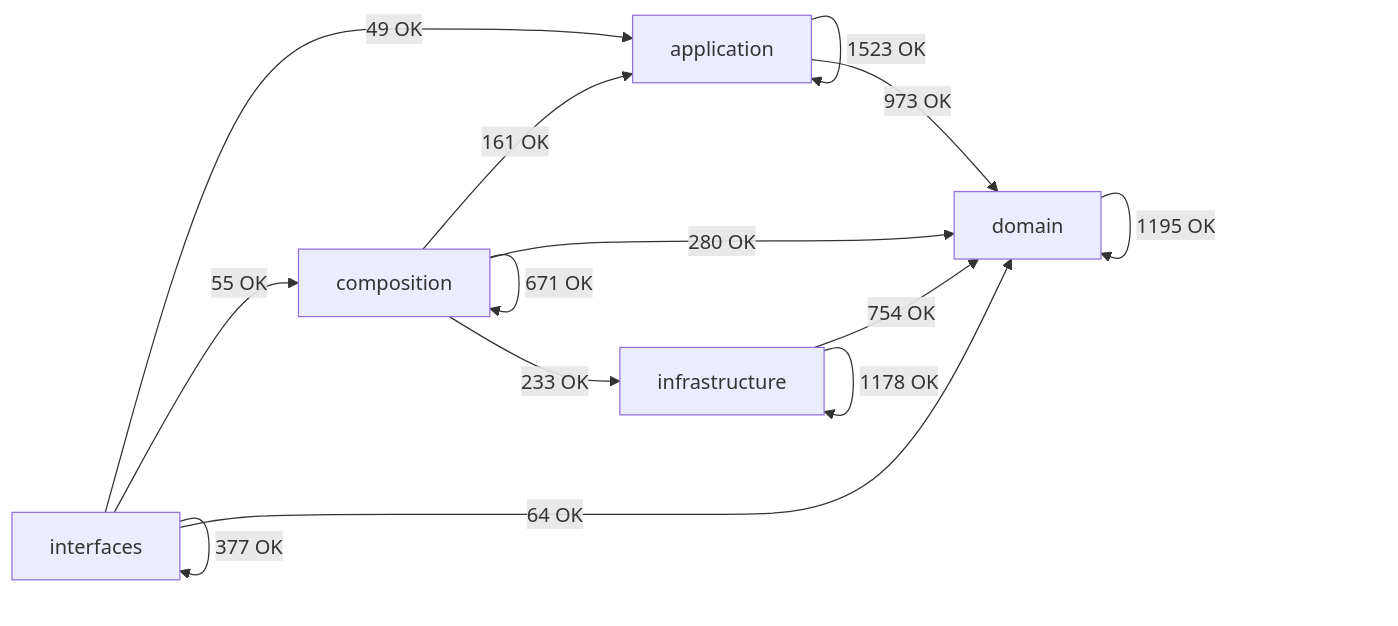
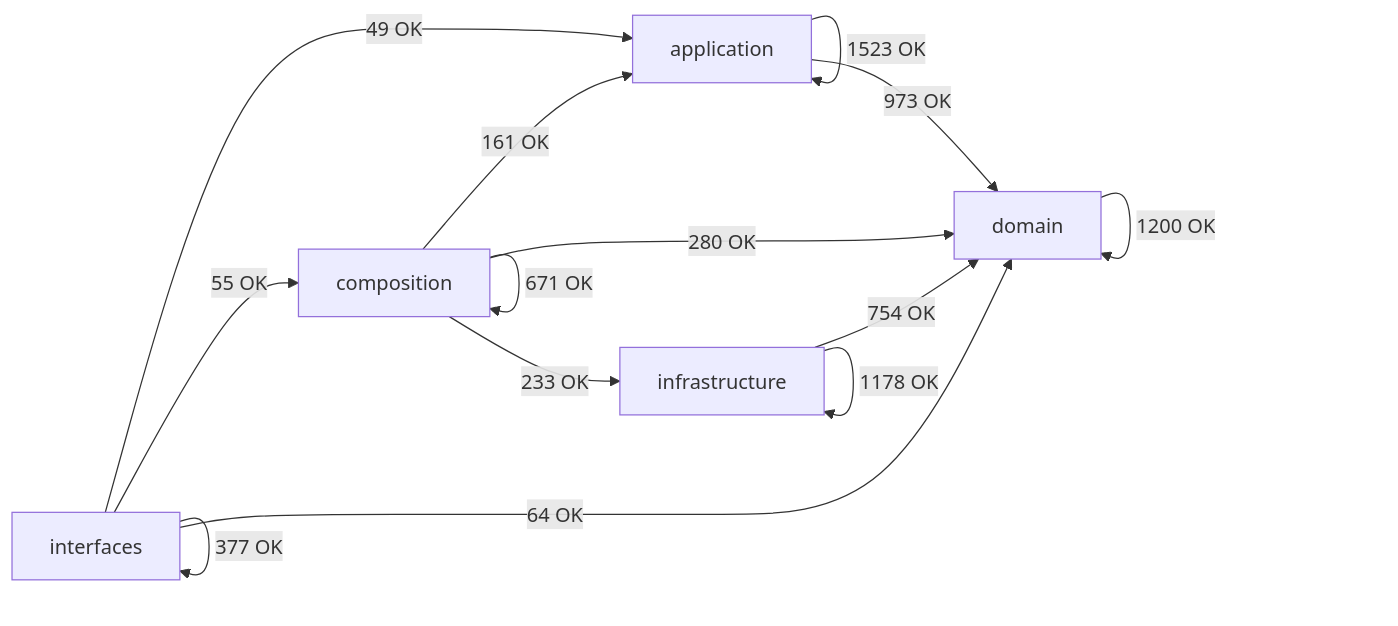
One commit to SatoryKono/BioactivityDataAcquisition changed the diagram in docs/02-architecture/generated/module-dependency-map.md. Above: the diagram before and after it, drawn with Mermaid. The commit also changed other lines of this file and 66 other files, not shown here.

````diff
--- a/docs/02-architecture/generated/module-dependency-map.md
+++ b/docs/02-architecture/generated/module-dependency-map.md
@@ -17,21 +17,21 @@
 ```mermaid
 flowchart LR
     domain[domain]
     application[application]
     infrastructure[infrastructure]
     composition[composition]
     interfaces[interfaces]
     application -->|1523 OK| application
     application -->|973 OK| domain
     composition -->|161 OK| application
     composition -->|671 OK| composition
     composition -->|280 OK| domain
     composition -->|233 OK| infrastructure
-    domain -->|1195 OK| domain
+    domain -->|1200 OK| domain
     infrastructure -->|754 OK| domain
     infrastructure -->|1178 OK| infrastructure
     interfaces -->|49 OK| application
     interfaces -->|55 OK| composition
     interfaces -->|64 OK| domain
     interfaces -->|377 OK| interfaces
 ```
````
